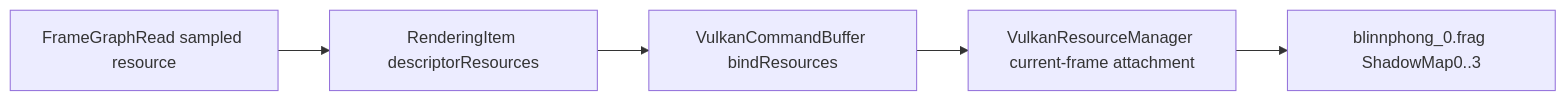
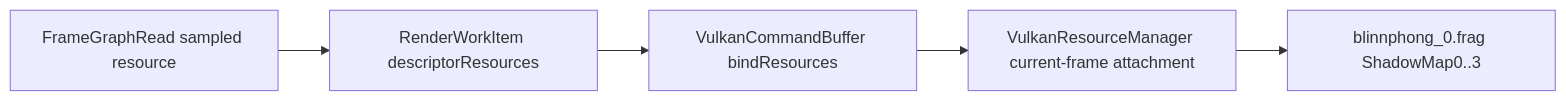
One commit to crackhopper/LXEngine changed the diagram in notes/tutorial/shadow-era/03-csm-reading-path.md. Above: the diagram before and after it, drawn with Mermaid. The commit also changed 180 other files, not shown here.

````diff
--- a/notes/tutorial/shadow-era/03-csm-reading-path.md
+++ b/notes/tutorial/shadow-era/03-csm-reading-path.md
@@ -30,13 +30,13 @@
 ```mermaid
 flowchart LR
     fg[FrameGraphRead sampled resource]
-    item[RenderingItem descriptorResources]
+    item[RenderWorkItem descriptorResources]
     cmd[VulkanCommandBuffer bindResources]
     attachment[VulkanResourceManager current-frame attachment]
     shader[blinnphong_0.frag ShadowMap0..3]
 
     fg --> item
     item --> cmd
     cmd --> attachment
     attachment --> shader
 ```
````
